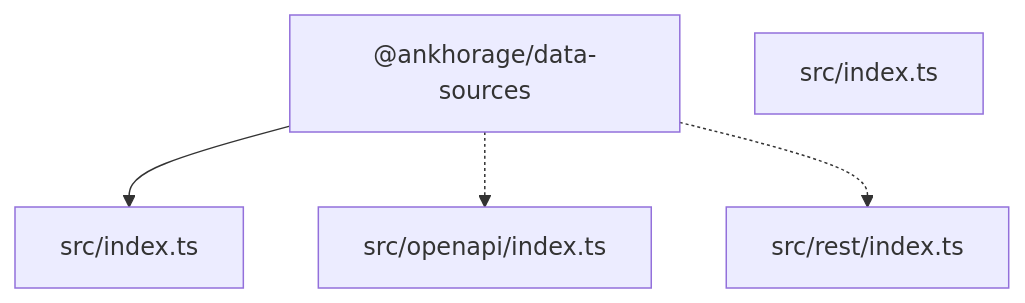
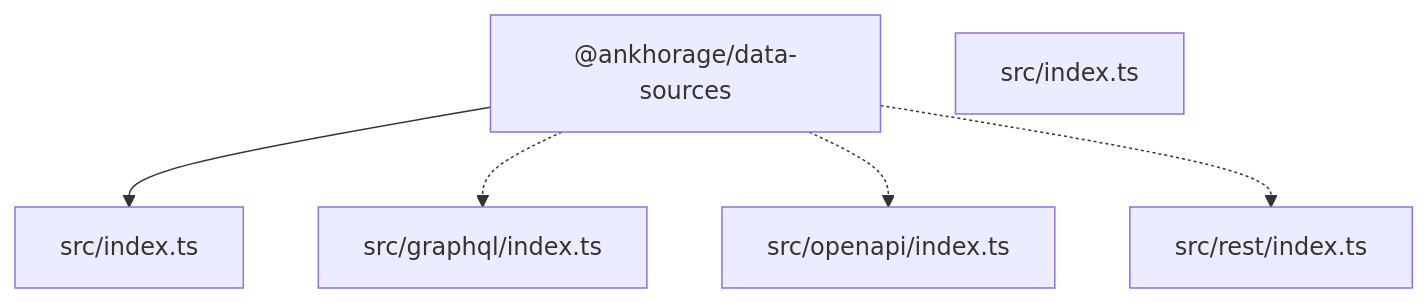
The diagram in README.md (ankhorage/data-sources), drawn with Mermaid before and after one commit. The commit also changed other lines of this file and 11 other files, not shown here.

````diff
--- a/README.md
+++ b/README.md
@@ -28,11 +30,13 @@
 ```mermaid
 graph TD
   package__ankhorage_data_sources["@ankhorage/data-sources"]
   entrypoint_src_index_ts["src/index.ts"]
   package__ankhorage_data_sources --> entrypoint_src_index_ts
+  module_src_graphql_index_ts["src/graphql/index.ts"]
+  package__ankhorage_data_sources -.-> module_src_graphql_index_ts
   module_src_index_ts["src/index.ts"]
   module_src_openapi_index_ts["src/openapi/index.ts"]
   package__ankhorage_data_sources -.-> module_src_openapi_index_ts
   module_src_rest_index_ts["src/rest/index.ts"]
   package__ankhorage_data_sources -.-> module_src_rest_index_ts
 ```
````
